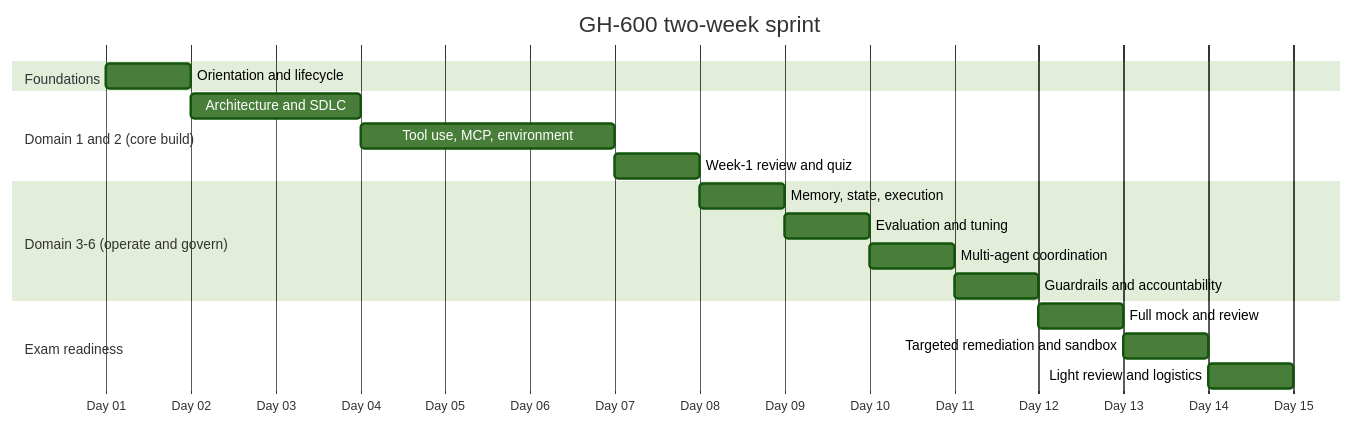
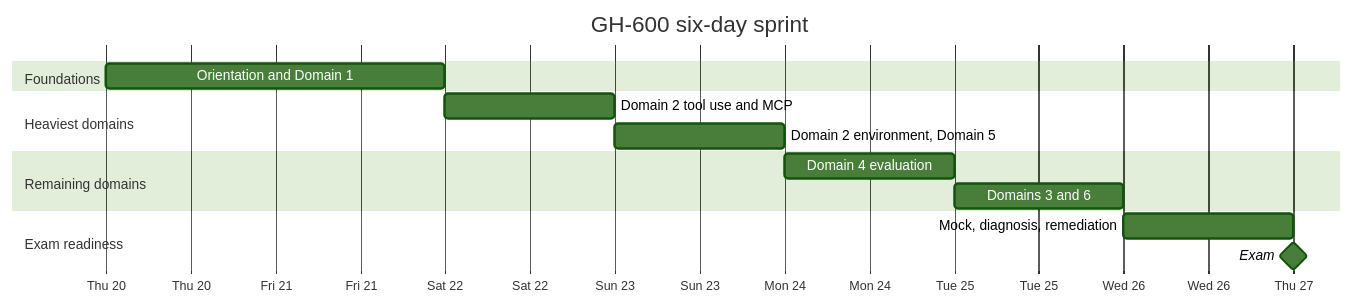
Before and after one commit to carolinemutua/learnings: the first of 2 diagrams in gh-600-agentic-ai-developer/plan.md, drawn with Mermaid (forest theme). The commit also changed other lines of this file and 4 other files, not shown here.

First line of the commit message:
Compress the GH-600 plan into a six-day sprint (#9)

````diff
--- a/gh-600-agentic-ai-developer/plan.md
+++ b/gh-600-agentic-ai-developer/plan.md
@@ -14,21 +22,17 @@
 ```mermaid
 gantt
-    title GH-600 two-week sprint
+    title GH-600 six-day sprint
     dateFormat YYYY-MM-DD
-    axisFormat Day %d
+    axisFormat %a %d
     section Foundations
-    Orientation and lifecycle        :d1, 2026-01-01, 1d
-    section Domain 1 and 2 (core build)
-    Architecture and SDLC            :d2, after d1, 2d
-    Tool use, MCP, environment       :d3, after d2, 3d
-    Week-1 review and quiz           :d4, after d3, 1d
-    section Domain 3-6 (operate and govern)
-    Memory, state, execution         :d5, after d4, 1d
-    Evaluation and tuning            :d6, after d5, 1d
-    Multi-agent coordination         :d7, after d6, 1d
-    Guardrails and accountability    :d8, after d7, 1d
+    Orientation and Domain 1         :d1, 2026-08-20, 2d
+    section Heaviest domains
+    Domain 2 tool use and MCP        :d2, 2026-08-22, 1d
+    Domain 2 environment, Domain 5   :d3, 2026-08-23, 1d
+    section Remaining domains
+    Domain 4 evaluation              :d4, 2026-08-24, 1d
+    Domains 3 and 6                  :d5, 2026-08-25, 1d
     section Exam readiness
-    Full mock and review             :d9, after d8, 1d
-    Targeted remediation and sandbox :d10, after d9, 1d
-    Light review and logistics       :d11, after d10, 1d
+    Mock, diagnosis, remediation     :d6, 2026-08-26, 1d
+    Exam                             :milestone, 2026-08-27, 0d
 ```
````
